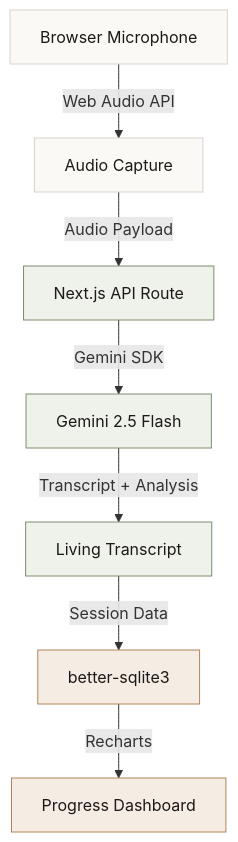
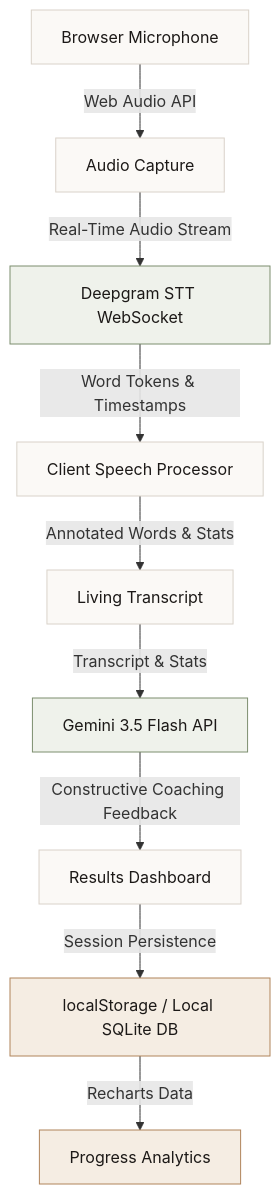
The diagram in README.md (arj-co/VoiceScribe), drawn with Mermaid before and after one commit. The commit also changed other lines of this file and 12 other files, not shown here.

````diff
--- a/README.md
+++ b/README.md
@@ -84,13 +85,15 @@
 ```mermaid
 graph TD
     classDef browser fill:#FBF9F6,stroke:#D9D2C9,stroke-width:1px,color:#1C1917;
     classDef processing fill:#EFF2EB,stroke:#7C8E6F,stroke-width:1px,color:#1C1917;
     classDef data fill:#F5EDE3,stroke:#B0845B,stroke-width:1px,color:#1C1917;
 
     A[Browser Microphone]:::browser -->|Web Audio API| B[Audio Capture]:::browser
-    B -->|Audio Payload| C[Next.js API Route]:::processing
-    C -->|Gemini SDK| D[Gemini 2.5 Flash]:::processing
-    D -->|Transcript + Analysis| E[Living Transcript]:::processing
-    E -->|Session Data| F[better-sqlite3]:::data
-    F -->|Recharts| G[Progress Dashboard]:::data
+    B -->|Real-Time Audio Stream| C[Deepgram STT WebSocket]:::processing
+    C -->|Word Tokens & Timestamps| D[Client Speech Processor]:::browser
+    D -->|Annotated Words & Stats| E[Living Transcript]:::browser
+    E -->|Transcript & Stats| F[Gemini 3.5 Flash API]:::processing
+    F -->|Constructive Coaching Feedback| G[Results Dashboard]:::browser
+    G -->|Session Persistence| H[localStorage / Local SQLite DB]:::data
+    H -->|Recharts Data| I[Progress Analytics]:::data
 ```
````
